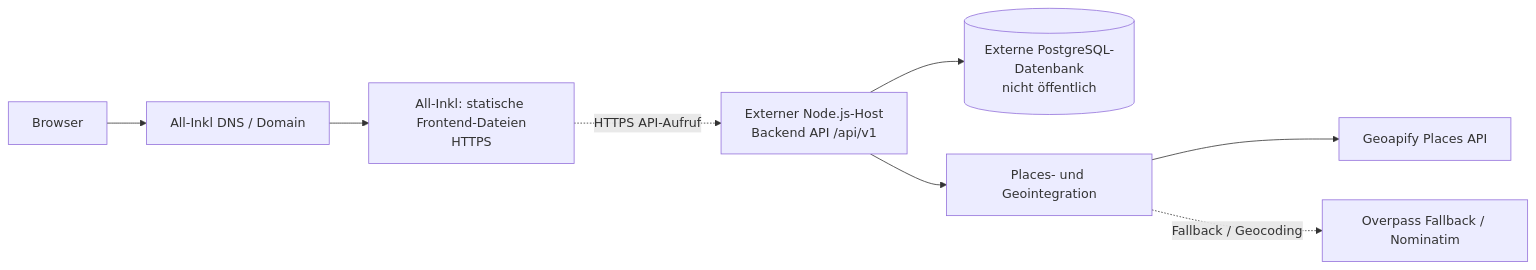
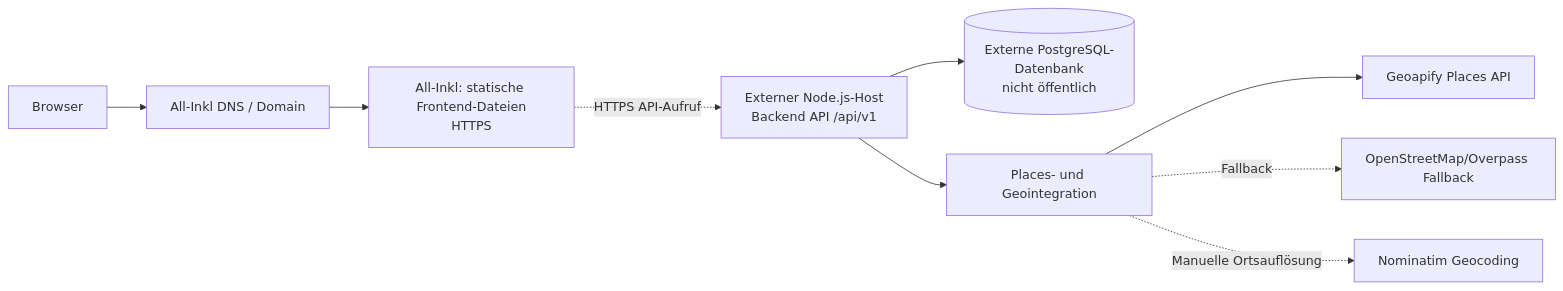
One commit to ahil-trq/thm_wk-1106_food-mood changed the diagram in docs/arch/diagrams/deployment.mmd. Above: the diagram before and after it, drawn with Mermaid. The commit also changed 3 other files, not shown here.

```diff
--- a/docs/arch/diagrams/deployment.mmd
+++ b/docs/arch/diagrams/deployment.mmd
@@ -1,15 +1,17 @@
 flowchart LR
     BROWSER[Browser]
     DOMAIN[All-Inkl DNS / Domain]
     FRONT[All-Inkl: statische Frontend-Dateien<br/>HTTPS]
     API[Externer Node.js-Host<br/>Backend API /api/v1]
     DB[(Externe PostgreSQL-Datenbank<br/>nicht öffentlich)]
     ADAPTER[Places- und Geointegration]
     PLACES[Geoapify Places API]
-    OSM[Overpass Fallback / Nominatim]
+    OSM[OpenStreetMap/Overpass Fallback]
+    NOMINATIM[Nominatim Geocoding]
 
     BROWSER --> DOMAIN --> FRONT
     FRONT -.HTTPS API-Aufruf.-> API
     API --> DB
     API --> ADAPTER --> PLACES
-    ADAPTER -.Fallback / Geocoding.-> OSM
+    ADAPTER -.Fallback.-> OSM
+    ADAPTER -.Manuelle Ortsauflösung.-> NOMINATIM
```
